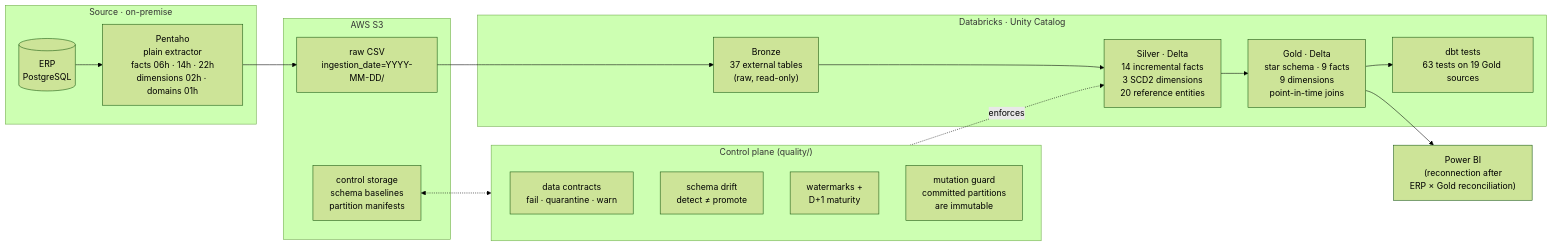
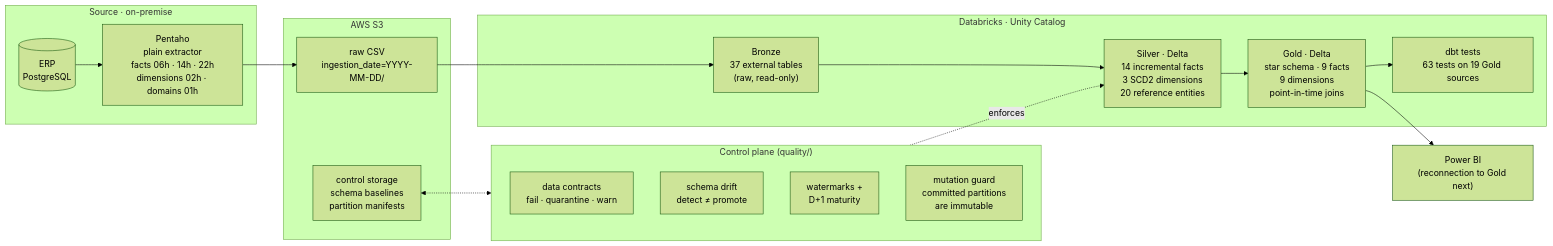
The first of 2 diagrams in README.md (zaraluz/varejinho-data-platform), drawn with Mermaid (forest theme) before and after one commit. The commit also changed other lines of this file, not shown here.

Commit message:
docs(readme): reconciliation covers sales, purchases, losses and payables

````diff
--- a/README.md
+++ b/README.md
@@ -46,33 +46,33 @@
 ```mermaid
 flowchart LR
     subgraph SRC["Source · on-premise"]
         ERP[("ERP<br/>PostgreSQL")]
         PDI["Pentaho<br/>plain extractor<br/>facts 06h · 14h · 22h<br/>dimensions 02h · domains 01h"]
         ERP --> PDI
     end
 
     subgraph AWS["AWS S3"]
         RAW["raw CSV<br/>ingestion_date=YYYY-MM-DD/"]
         CTL["control storage<br/>schema baselines<br/>partition manifests"]
     end
 
     subgraph DBX["Databricks · Unity Catalog"]
         BR["Bronze<br/>37 external tables<br/>(raw, read-only)"]
         SI["Silver · Delta<br/>14 incremental facts<br/>3 SCD2 dimensions<br/>20 reference entities"]
         GO["Gold · Delta<br/>star schema · 9 facts<br/>9 dimensions<br/>point-in-time joins"]
         DBT["dbt tests<br/>63 tests on 19 Gold sources"]
         BR --> SI --> GO --> DBT
     end
 
     subgraph CP["Control plane (quality/)"]
         C1["data contracts<br/>fail · quarantine · warn"]
         C2["schema drift<br/>detect ≠ promote"]
         C3["watermarks +<br/>D+1 maturity"]
         C4["mutation guard<br/>committed partitions<br/>are immutable"]
     end
 
     PDI --> RAW --> BR
     CP -.enforces.-> SI
     CTL <-.-> CP
-    GO --> BI["Power BI<br/>(reconnection after<br/>ERP × Gold reconciliation)"]
+    GO --> BI["Power BI<br/>(reconnection to Gold next)"]
 ```
````
